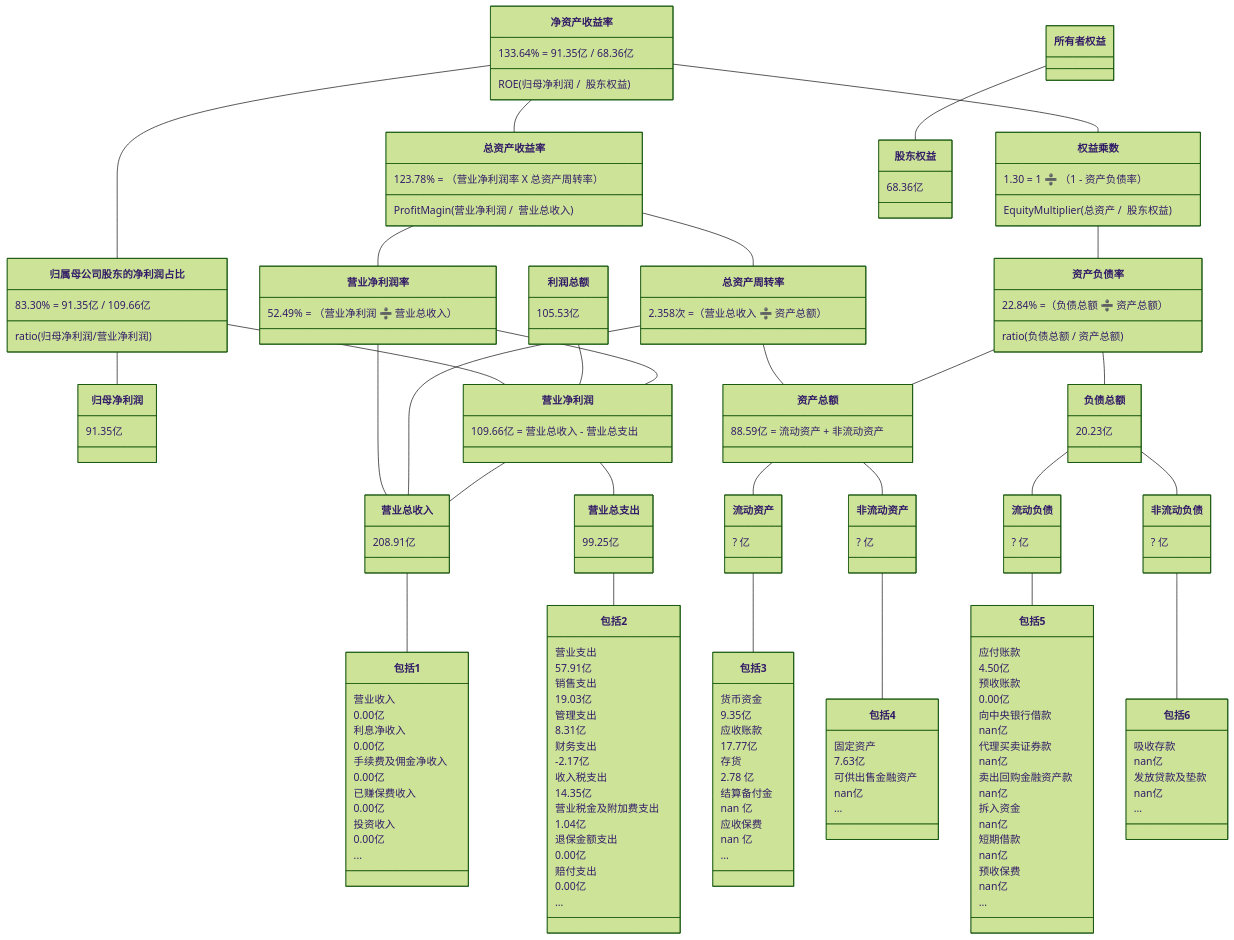
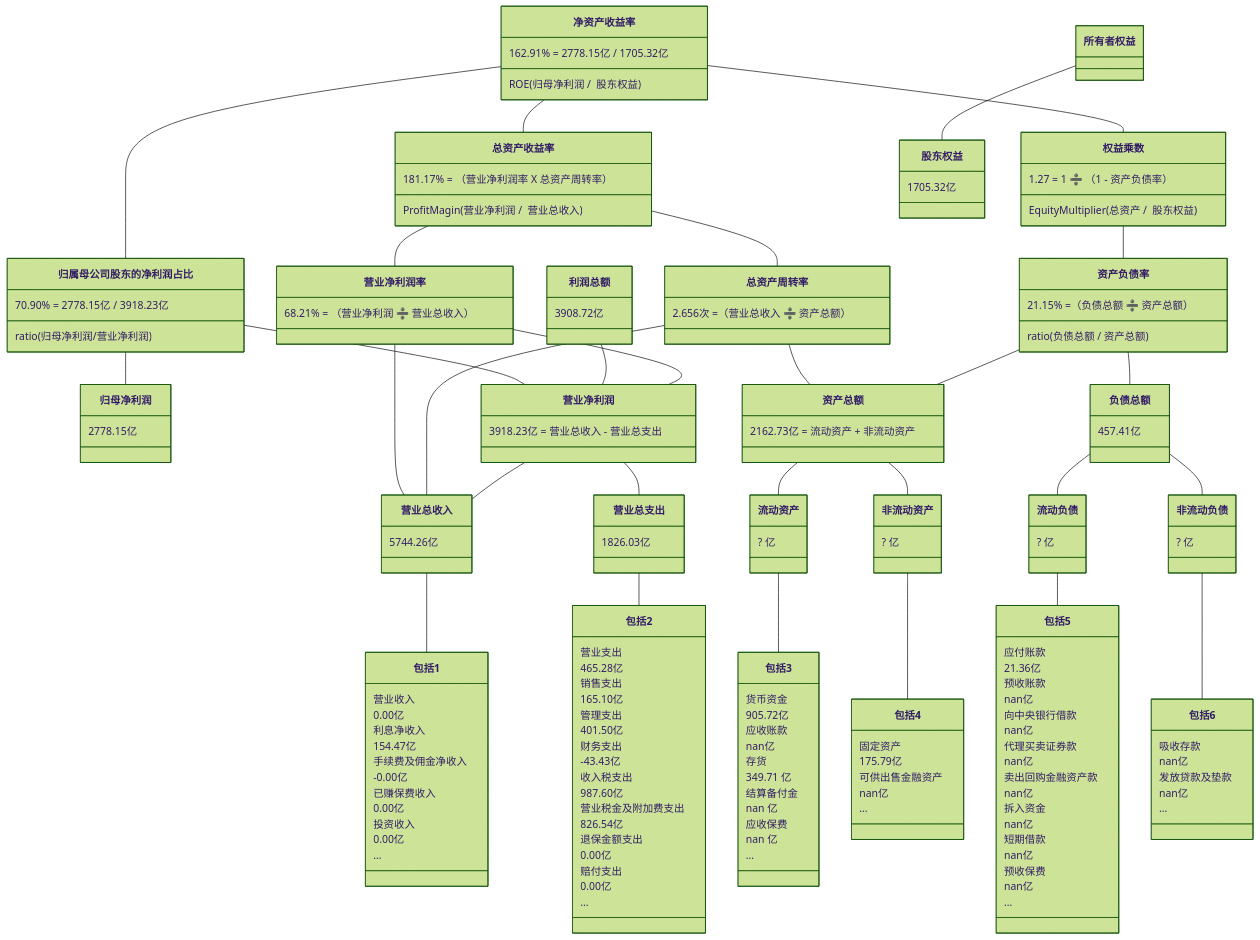
Before and after one commit to TheVeryDarkness/cs410: the seventh of 10 diagrams in 2/2.md, drawn with Mermaid (forest theme). The commit also changed other lines of this file and 72 other files, not shown here.

````diff
--- a/2/2.md
+++ b/2/2.md
@@ -897,45 +925,45 @@
 ```mermaid
 classDiagram
 净资产收益率 -- 总资产收益率
-    净资产收益率 : 133.64% = 91.35亿 / 68.36亿
+    净资产收益率 : 162.91% = 2778.15亿 / 1705.32亿
     净资产收益率 : ROE(归母净利润 /  股东权益)
-    总资产收益率 : 123.78% = （营业净利润率 X 总资产周转率）
+    总资产收益率 : 181.17% = （营业净利润率 X 总资产周转率）
     总资产收益率 : ProfitMagin(营业净利润 /  营业总收入)
 净资产收益率 -- 归属母公司股东的净利润占比
-	  归属母公司股东的净利润占比 : 83.30% = 91.35亿 / 109.66亿
+	  归属母公司股东的净利润占比 : 70.90% = 2778.15亿 / 3918.23亿
 	  归属母公司股东的净利润占比 : ratio(归母净利润/营业净利润)
 归属母公司股东的净利润占比 -- 归母净利润
-    归母净利润 : 91.35亿
+    归母净利润 : 2778.15亿
 归属母公司股东的净利润占比 -- 营业净利润
-利润总额 : 105.53亿
+利润总额 : 3908.72亿
 利润总额 -- 营业净利润
 净资产收益率 -- 权益乘数
-    权益乘数 : 1.30 = 1 ➗ （1 - 资产负债率）
+    权益乘数 : 1.27 = 1 ➗ （1 - 资产负债率）
     权益乘数 : EquityMultiplier(总资产 /  股东权益)
 
 总资产收益率 -- 营业净利润率
-    营业净利润率 : 52.49% = （营业净利润 ➗ 营业总收入）
+    营业净利润率 : 68.21% = （营业净利润 ➗ 营业总收入）
 总资产收益率 -- 总资产周转率
-    总资产周转率 : 2.358次 =（营业总收入 ➗ 资产总额）
+    总资产周转率 : 2.656次 =（营业总收入 ➗ 资产总额）
 权益乘数 -- 资产负债率
-    资产负债率  : 22.84% =（负债总额 ➗ 资产总额）
+    资产负债率  : 21.15% =（负债总额 ➗ 资产总额）
     资产负债率  : ratio(负债总额 / 资产总额)
 
 营业净利润率 -- 营业净利润
-    营业净利润 : 109.66亿 = 营业总收入 - 营业总支出
+    营业净利润 : 3918.23亿 = 营业总收入 - 营业总支出
 营业净利润率 -- 营业总收入
 总资产周转率 -- 营业总收入
 总资产周转率 -- 资产总额
-    资产总额 : 88.59亿 = 流动资产 + 非流动资产
+    资产总额 : 2162.73亿 = 流动资产 + 非流动资产
 资产负债率 -- 负债总额
-    负债总额 : 20.23亿
+    负债总额 : 457.41亿
 资产负债率 -- 资产总额
 
 
 营业净利润 -- 营业总收入
-    营业总收入 : 208.91亿
+    营业总收入 : 5744.26亿
 营业净利润 -- 营业总支出
-    营业总支出 : 99.25亿
+    营业总支出 : 1826.03亿
 资产总额 -- 流动资产
 	  流动资产 : ? 亿
 资产总额 -- 非流动资产
@@ -949,9 +977,9 @@
     包括1 : 营业收入
     包括1 : 0.00亿
     包括1 : 利息净收入
-    包括1 : 0.00亿
+    包括1 : 154.47亿
     包括1 : 手续费及佣金净收入
-    包括1 : 0.00亿
+    包括1 : -0.00亿
     包括1 : 已赚保费收入
     包括1 : 0.00亿
     包括1 : 投资收入
@@ -959,17 +987,17 @@
     包括1 : ...
 营业总支出 -- 包括2
     包括2 : 营业支出
-    包括2 : 57.91亿
+    包括2 : 465.28亿
     包括2 : 销售支出
-    包括2 : 19.03亿
+    包括2 : 165.10亿
     包括2 : 管理支出
-    包括2 : 8.31亿
+    包括2 : 401.50亿
     包括2 : 财务支出
-    包括2 : -2.17亿
+    包括2 : -43.43亿
     包括2 : 收入税支出
-    包括2 : 14.35亿
+    包括2 : 987.60亿
     包括2 : 营业税金及附加费支出
-    包括2 : 1.04亿
+    包括2 : 826.54亿
     包括2 : 退保金额支出
     包括2 : 0.00亿
     包括2 : 赔付支出
@@ -977,11 +1005,11 @@
     包括2 : ...
 流动资产 -- 包括3
     包括3 : 货币资金
-    包括3 : 9.35亿
+    包括3 : 905.72亿
     包括3 : 应收账款
-    包括3 : 17.77亿
+    包括3 : nan亿
     包括3 : 存货
-    包括3 : 2.78 亿
+    包括3 : 349.71 亿
     包括3 : 结算备付金
     包括3 : nan 亿
     包括3 : 应收保费
@@ -989,15 +1017,15 @@
     包括3 : ...
 非流动资产 -- 包括4
     包括4 : 固定资产
-    包括4 : 7.63亿
+    包括4 : 175.79亿
     包括4 : 可供出售金融资产
     包括4 : nan亿
     包括4 : ...
 流动负债 -- 包括5
     包括5 : 应付账款
-    包括5 : 4.50亿
+    包括5 : 21.36亿
     包括5 : 预收账款
-    包括5 : 0.00亿
+    包括5 : nan亿
     包括5 : 向中央银行借款
     包括5 : nan亿
     包括5 : 代理买卖证券款
@@ -1018,5 +1046,5 @@
     包括6 : nan亿
     包括6 : ...
 所有者权益 -- 股东权益
-    股东权益 : 68.36亿
+    股东权益 : 1705.32亿
 ```
````
